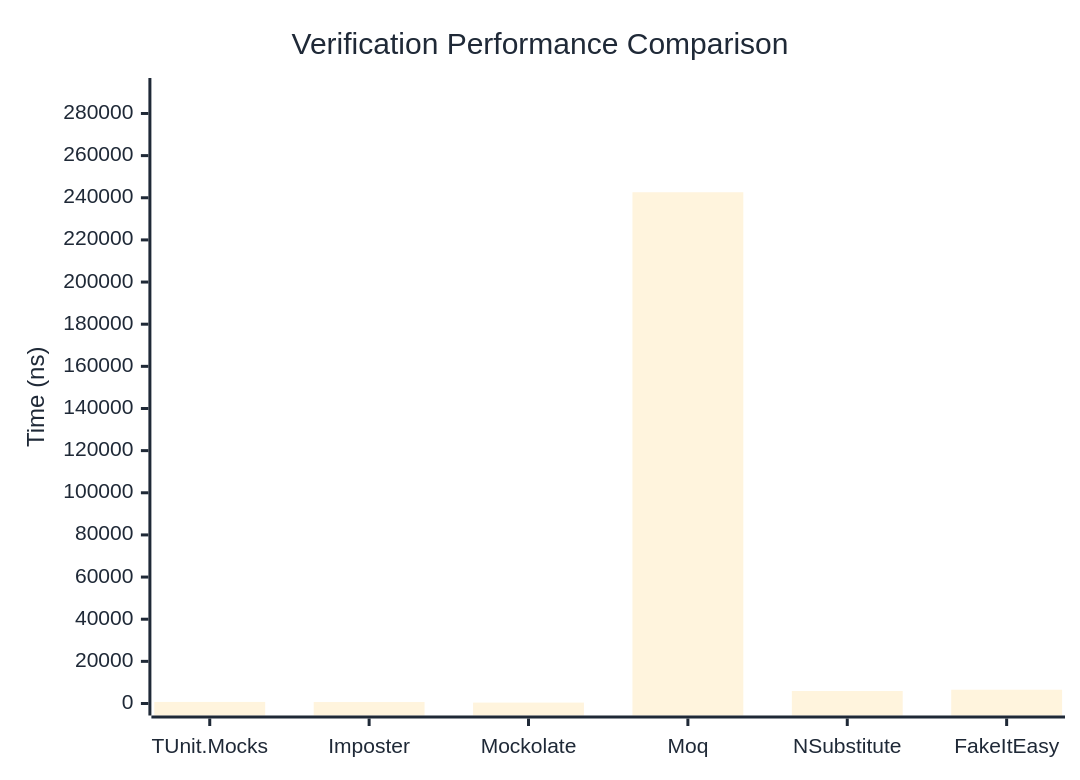
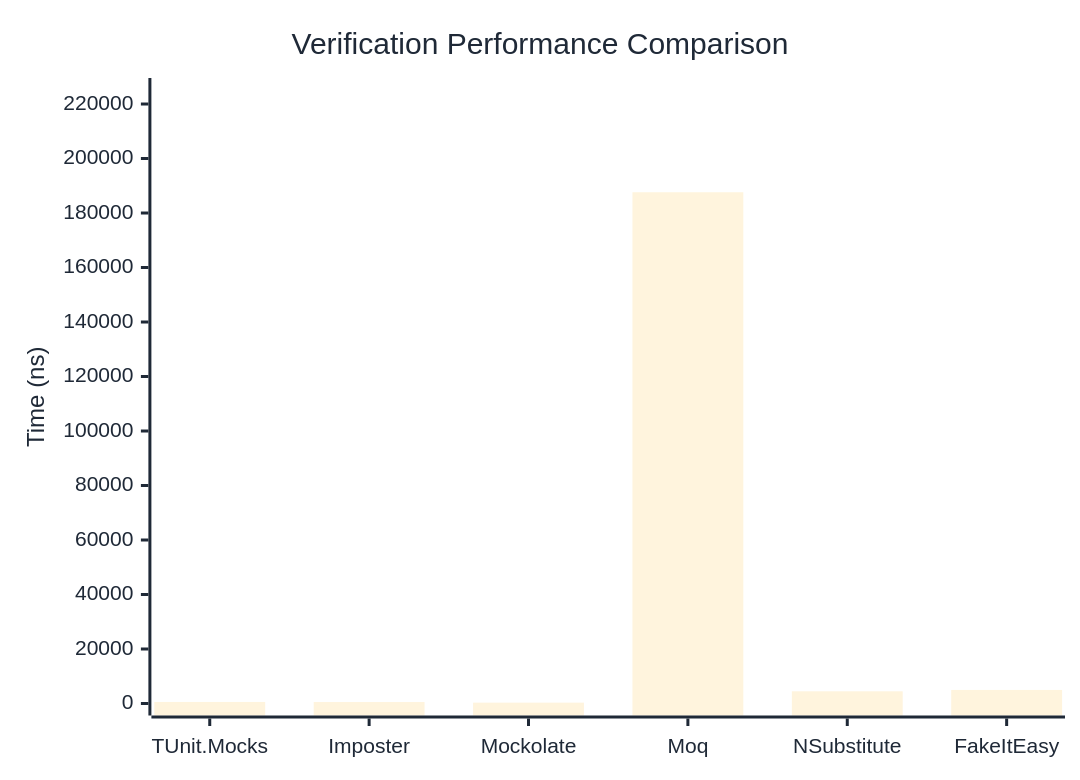
One commit to thomhurst/TUnit changed the first of 3 diagrams in docs/docs/benchmarks/mocks/Verification.md. Above: the diagram before and after it, drawn with Mermaid. The commit also changed other lines of this file and 14 other files, not shown here.

````diff
--- a/docs/docs/benchmarks/mocks/Verification.md
+++ b/docs/docs/benchmarks/mocks/Verification.md
@@ -30,27 +30,27 @@
 ```mermaid
 %%{init: {
   'theme':'base',
   'themeVariables': {
     'primaryColor': '#2563eb',
     'primaryTextColor': '#1f2937',
     'primaryBorderColor': '#1e40af',
     'lineColor': '#6b7280',
     'secondaryColor': '#7c3aed',
     'tertiaryColor': '#dc2626',
     'background': '#ffffff',
     'pie1': '#2563eb',
     'pie2': '#7c3aed',
     'pie3': '#dc2626',
     'pie4': '#f59e0b',
     'pie5': '#10b981',
     'pie6': '#06b6d4',
     'pie7': '#ec4899',
     'pie8': '#6366f1'
   }
 }}%%
 xychart-beta
   title "Verification Performance Comparison"
   x-axis ["TUnit.Mocks", "Imposter", "Mockolate", "Moq", "NSubstitute", "FakeItEasy"]
-  y-axis "Time (ns)" 0 --> 291138
-  bar [748.11, 695.28, 426.28, 242614.76, 5922.58, 6528.41]
+  y-axis "Time (ns)" 0 --> 225143
+  bar [569.51, 534.1, 313.64, 187618.43, 4474.16, 4977.21]
 ```
````
